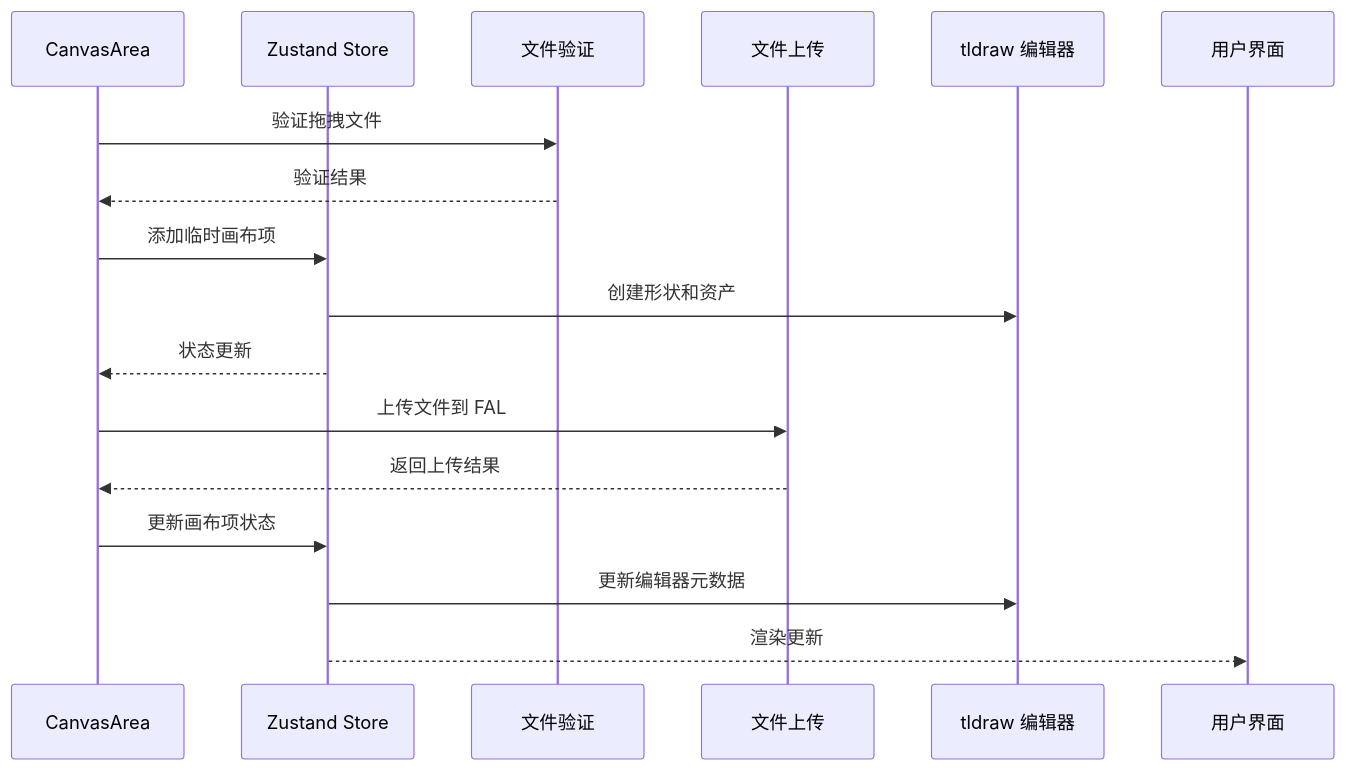
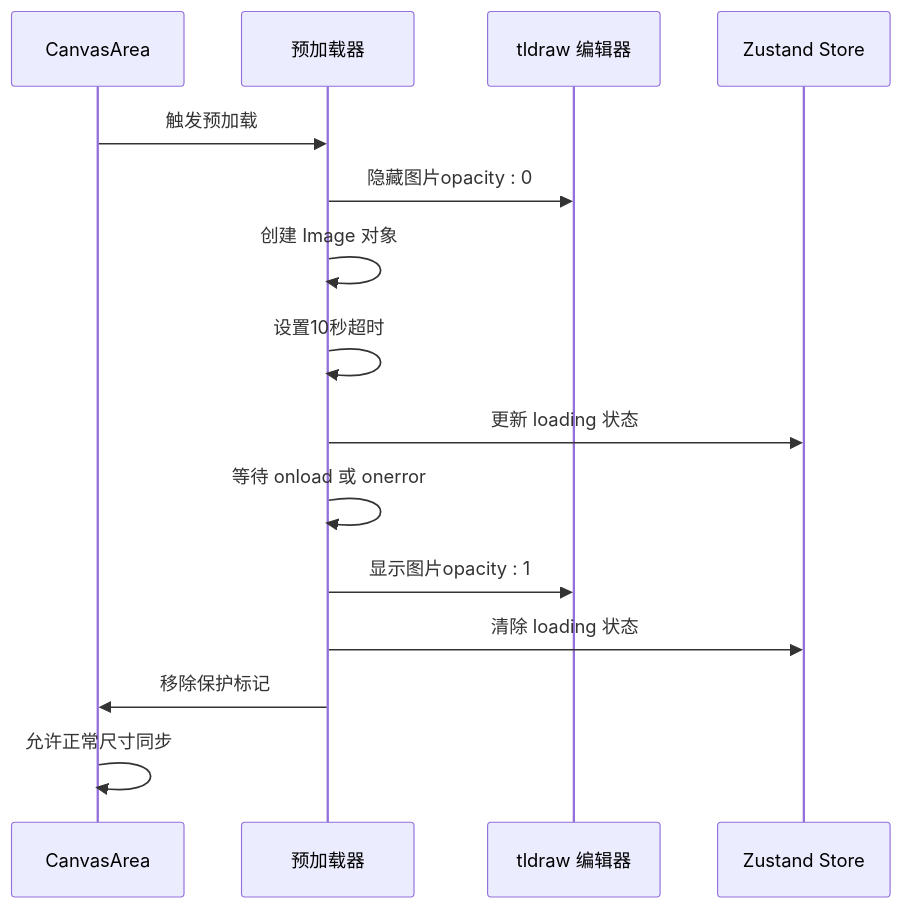
Diagram 11 of 18 in .qoder/repowiki/zh/content/状态管理系统.md (billye220670/BananaFlow2), drawn with Mermaid before and after one commit. The commit also changed other lines of this file and 6 other files, not shown here.

````diff
--- a/.qoder/repowiki/zh/content/状态管理系统.md
+++ b/.qoder/repowiki/zh/content/状态管理系统.md
@@ -670,19 +559,17 @@
 ```mermaid
 sequenceDiagram
-participant Canvas as CanvasArea
+participant CanvasArea as CanvasArea
+participant Preloader as 预加载器
+participant Editor as tldraw 编辑器
 participant Store as Zustand Store
-participant Validation as 文件验证
-participant Upload as 文件上传
-participant Tldraw as tldraw 编辑器
-participant UI as 用户界面
-Canvas->>Validation : 验证拖拽文件
-Validation-->>Canvas : 验证结果
-Canvas->>Store : 添加临时画布项
-Store->>Tldraw : 创建形状和资产
-Store-->>Canvas : 状态更新
-Canvas->>Upload : 上传文件到 FAL
-Upload-->>Canvas : 返回上传结果
-Canvas->>Store : 更新画布项状态
-Store->>Tldraw : 更新编辑器元数据
-Store-->>UI : 渲染更新
+CanvasArea->>Preloader : 触发预加载
+Preloader->>Editor : 隐藏图片opacity : 0
+Preloader->>Preloader : 创建 Image 对象
+Preloader->>Preloader : 设置10秒超时
+Preloader->>Store : 更新 loading 状态
+Preloader->>Preloader : 等待 onload 或 onerror
+Preloader->>Editor : 显示图片opacity : 1
+Preloader->>Store : 清除 loading 状态
+Preloader->>CanvasArea : 移除保护标记
+CanvasArea->>CanvasArea : 允许正常尺寸同步
 ```
````
